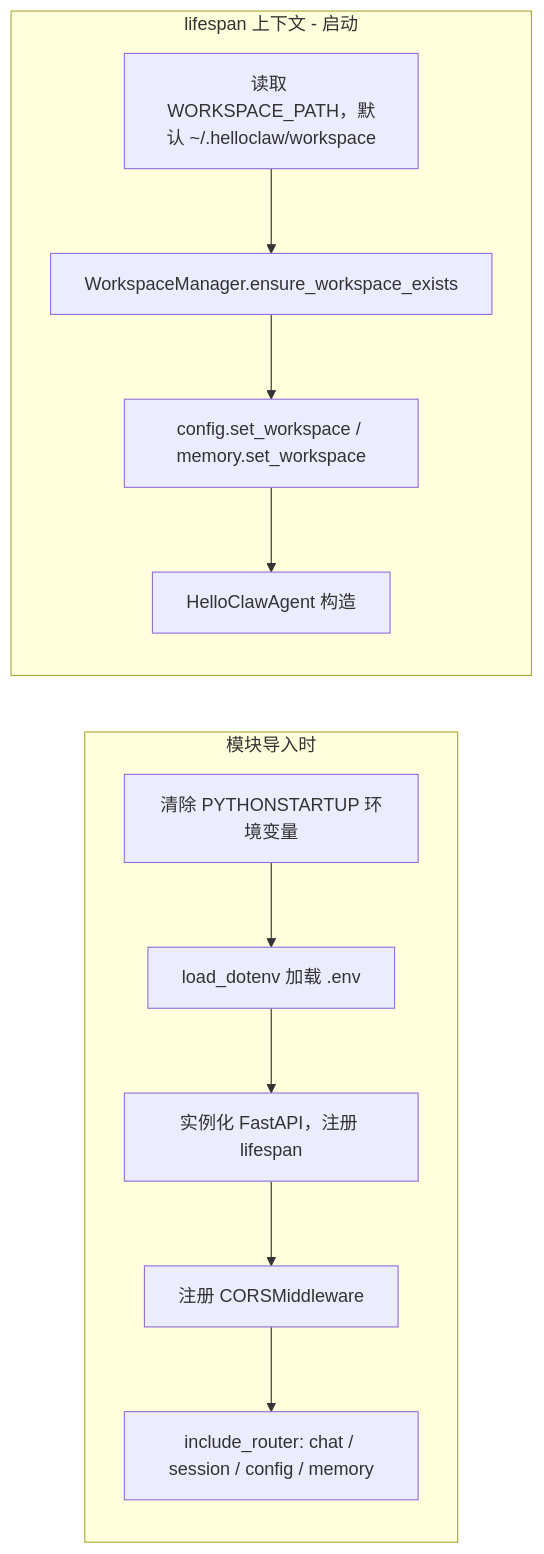
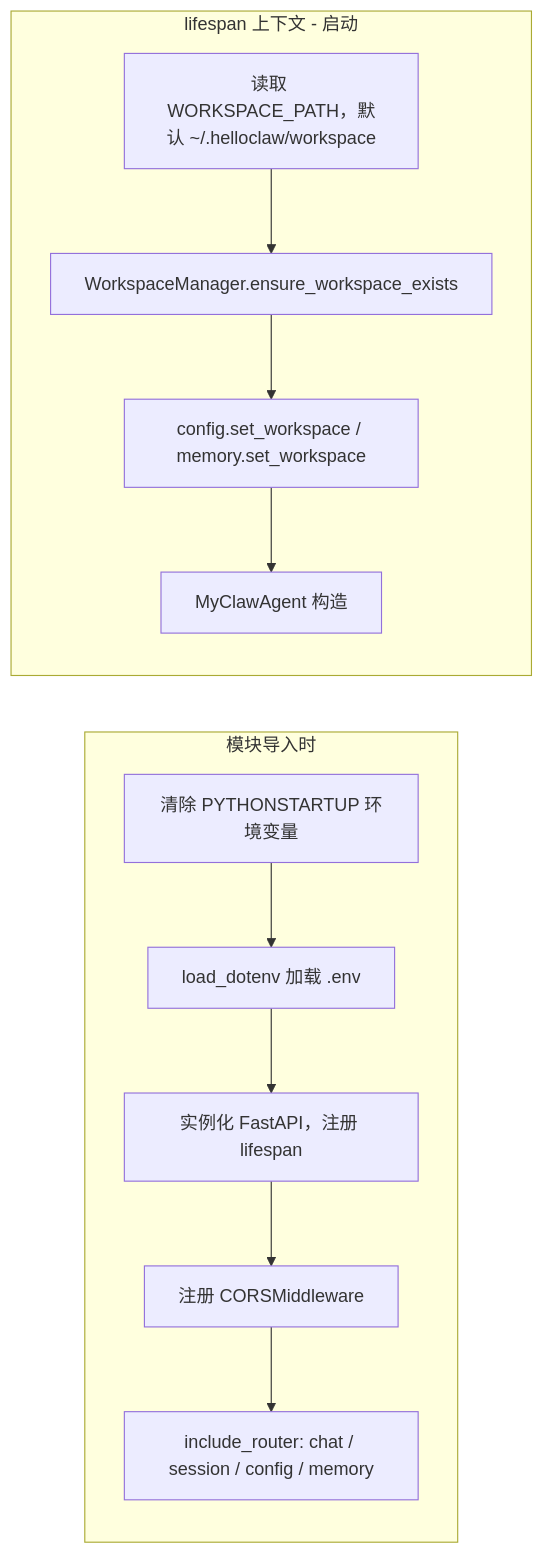
Before and after one commit to promisestar/MyClaw: the second of 8 diagrams in docs/HelloClaw-Backend-请求执行流程.md, drawn with Mermaid. The commit also changed other lines of this file and 19 other files, not shown here.

````diff
--- a/docs/HelloClaw-Backend-请求执行流程.md
+++ b/docs/HelloClaw-Backend-请求执行流程.md
@@ -38,15 +38,15 @@
 ```mermaid
 flowchart LR
     subgraph import["模块导入时"]
         I1[清除 PYTHONSTARTUP 环境变量] --> I2[load_dotenv 加载 .env]
         I2 --> I3[实例化 FastAPI，注册 lifespan]
         I3 --> I4[注册 CORSMiddleware]
         I4 --> I5[include_router: chat / session / config / memory]
     end
 
     subgraph life["lifespan 上下文 - 启动"]
         L1[读取 WORKSPACE_PATH，默认 ~/.helloclaw/workspace] --> L2[WorkspaceManager.ensure_workspace_exists]
         L2 --> L3[config.set_workspace / memory.set_workspace]
-        L3 --> L4[HelloClawAgent 构造]
+        L3 --> L4[MyClawAgent 构造]
     end
 ```
````
